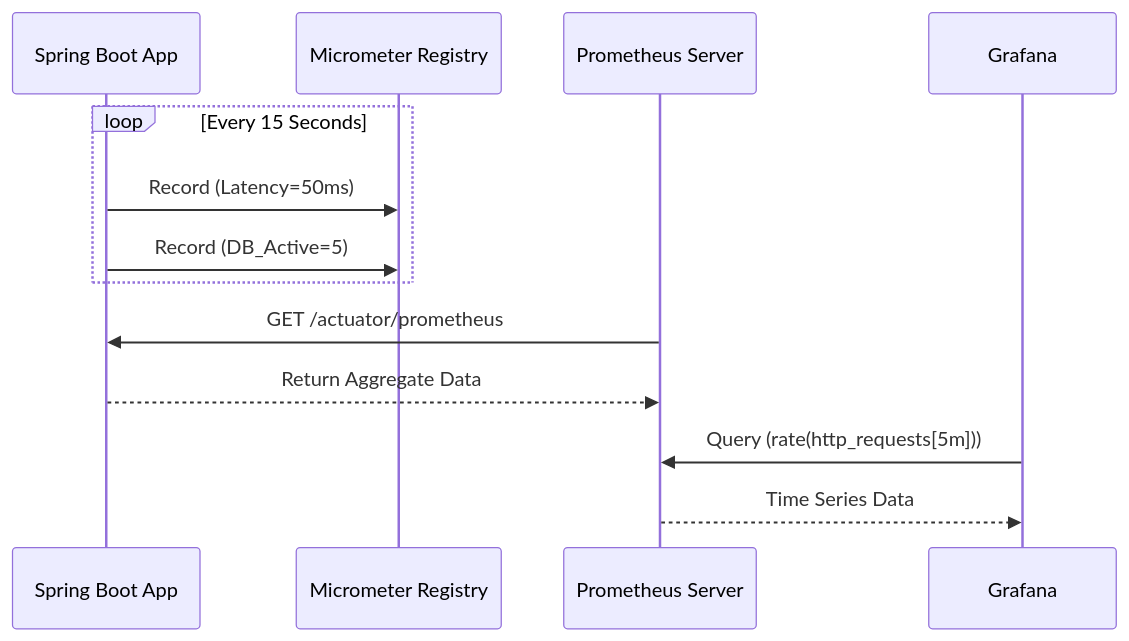
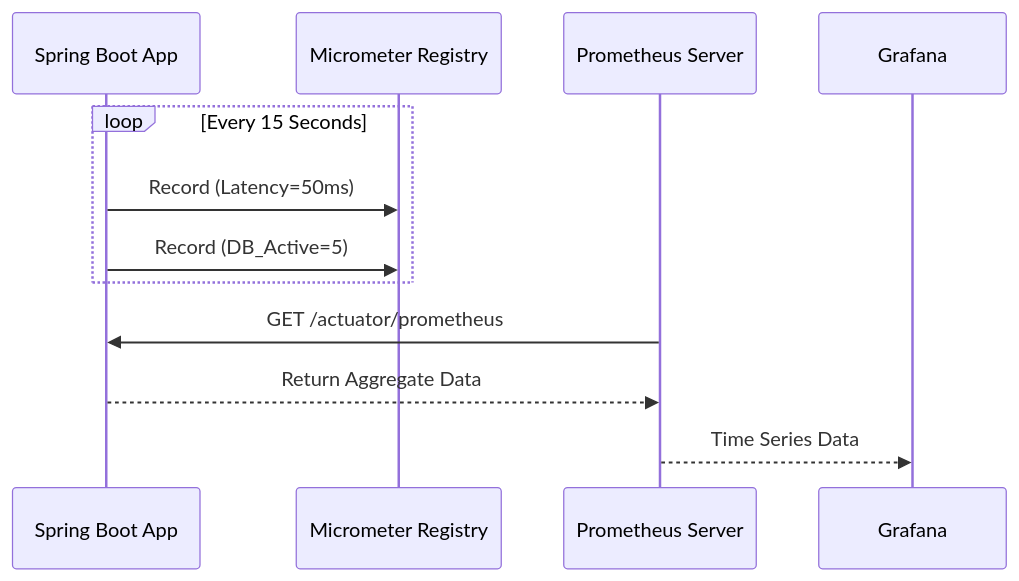
One commit to moses1998lee/horaion-documentation changed the diagram in technical_documentation/16_SHARED_KERNEL/06_METRICS/01_CONFIGURATION.md. Above: the diagram before and after it, drawn with Mermaid. The commit also changed other lines of this file and 31 other files, not shown here.

````diff
--- a/technical_documentation/16_SHARED_KERNEL/06_METRICS/01_CONFIGURATION.md
+++ b/technical_documentation/16_SHARED_KERNEL/06_METRICS/01_CONFIGURATION.md
@@ -12,18 +12,17 @@
 ```mermaid
 sequenceDiagram
     participant App as Spring Boot App
     participant Reg as Micrometer Registry
     participant Prom as Prometheus Server
     participant Graf as Grafana
     
     loop Every 15 Seconds
         App->>Reg: Record (Latency=50ms)
         App->>Reg: Record (DB_Active=5)
     end
     
     Prom->>App: GET /actuator/prometheus
     App-->>Prom: Return Aggregate Data
     
-    Graf->>Prom: Query (rate(http_requests[5m]))
     Prom-->>Graf: Time Series Data
 ```
````
